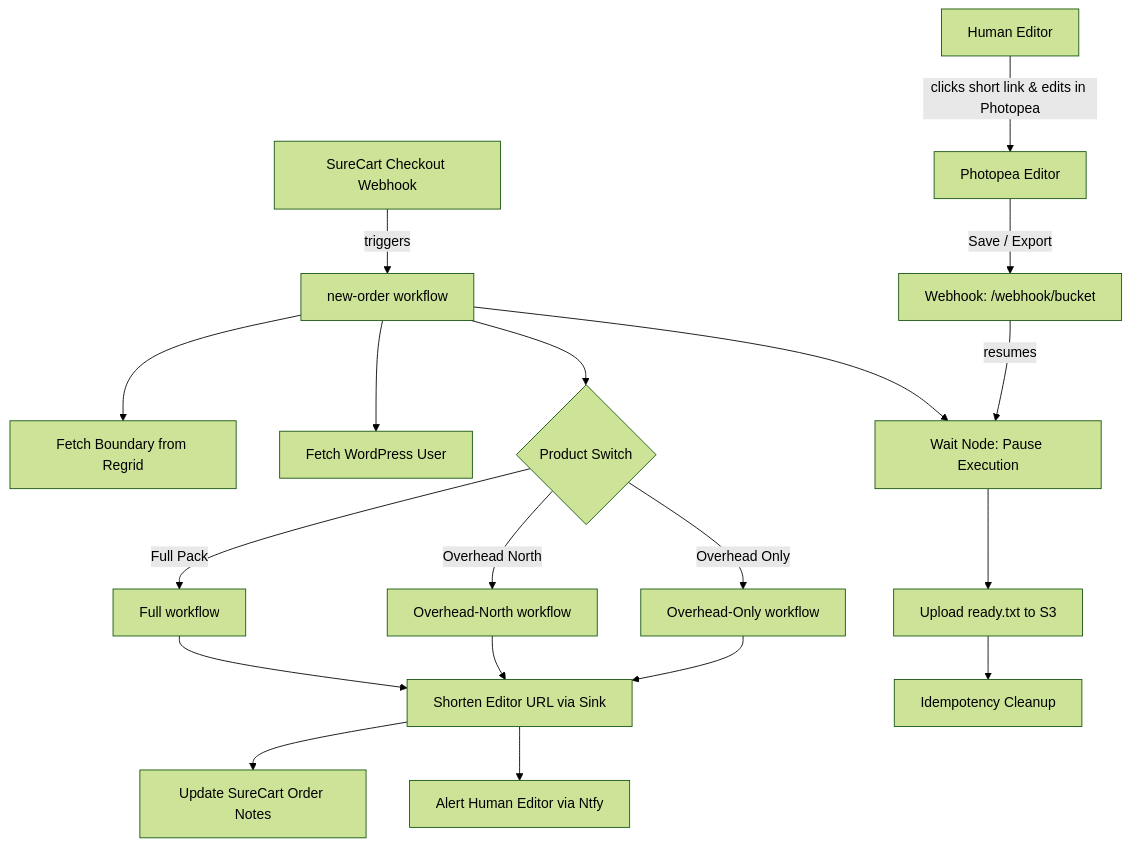
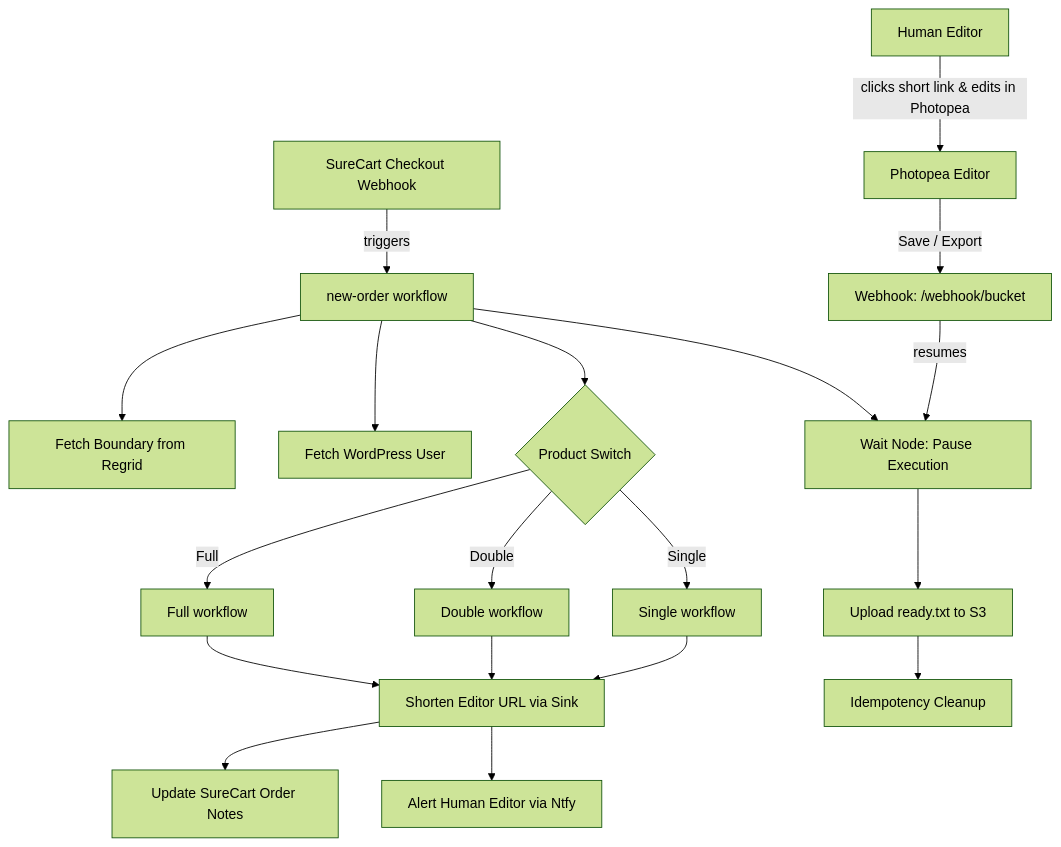
Before and after one commit to ditchallaway/n8n-as-code: the diagram in README.md, drawn with Mermaid (forest theme).

Commit message:
Update workflow descriptions in README.md

````diff
--- a/README.md
+++ b/README.md
@@ -11,24 +11,24 @@
 ```mermaid
 graph TD
     SC[SureCart Checkout Webhook] --> |triggers| NO[new-order workflow]
     NO --> Regrid[Fetch Boundary from Regrid]
     NO --> WC[Fetch WordPress User]
     NO --> Switch{Product Switch}
     
-    Switch --> |Full Pack| WF[Full workflow]
-    Switch --> |Overhead North| WN[Overhead-North workflow]
-    Switch --> |Overhead Only| WO[Overhead-Only workflow]
+    Switch --> |Full| WF[Full workflow]
+    Switch --> |Double| WN[Double workflow]
+    Switch --> |Single| WO[Single workflow]
     
     WF & WN & WO --> Shorten[Shorten Editor URL via Sink]
     Shorten --> SCNotes[Update SureCart Order Notes]
     Shorten --> Ntfy[Alert Human Editor via Ntfy]
     
     NO --> WaitNode[Wait Node: Pause Execution]
     
     HE[Human Editor] --> |clicks short link & edits in Photopea| Photopea[Photopea Editor]
     Photopea --> |Save / Export| BucketWebhook[Webhook: /webhook/bucket]
     BucketWebhook --> |resumes| WaitNode
     
     WaitNode --> Upload[Upload ready.txt to S3]
     Upload --> Cleanup[Idempotency Cleanup]
 ```
````
